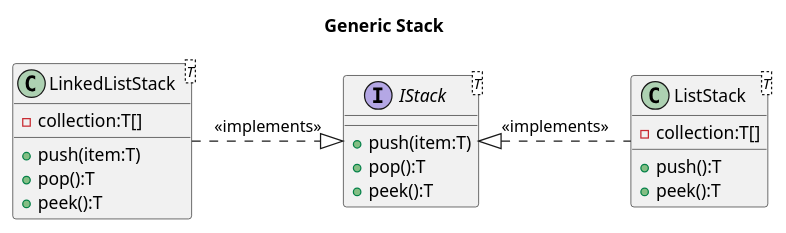
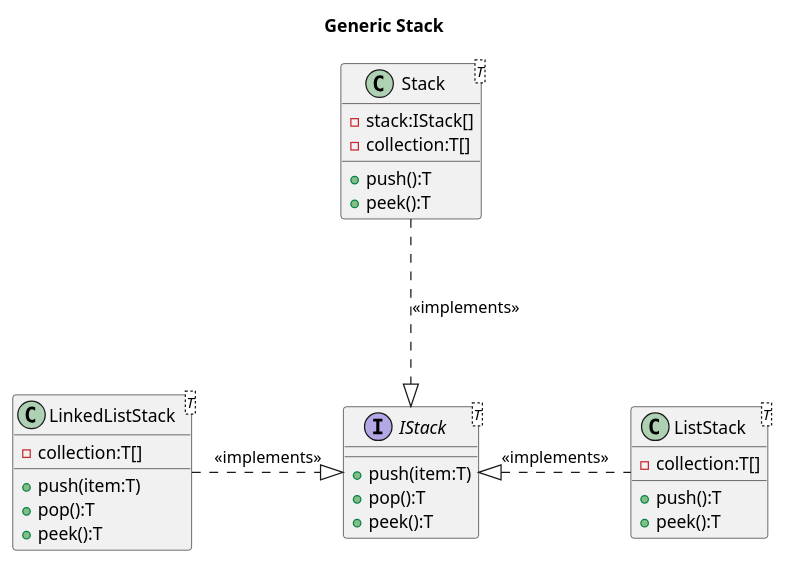
The diagram in UMLs/07_StackApp.wsd (Nurettin-Kaplan/OOPExercises), drawn with PlantUML before and after one commit. The commit also changed 1 other file, not shown here.

Commit message:
The UML diagram was updated, and a class named 'Stack' was created.

```diff
--- a/UMLs/07_StackApp.wsd
+++ b/UMLs/07_StackApp.wsd
@@ -1,26 +1,34 @@
 @startuml
 title Generic Stack
 
 interface IStack<T>{
     +push(item:T)
     +pop():T
     +peek():T
 }
 
 class LinkedListStack<T>{
     -collection:T[]
     +push(item:T)
     +pop():T
     +peek():T
 }
 
 class ListStack<T>{
     -collection:T[]
     +push():T
     +peek():T
 }
 
+class Stack<T>{
+    -stack:IStack[]
+    -collection:T[]
+    +push():T
+    +peek():T
+}
+
 ListStack -.l-|> IStack : <<implements>>
 LinkedListStack -.r-|> IStack : <<implements>>
+Stack -.d-|> IStack : <<implements>>
 
 @enduml
```
